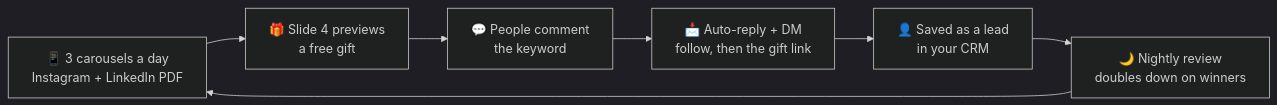
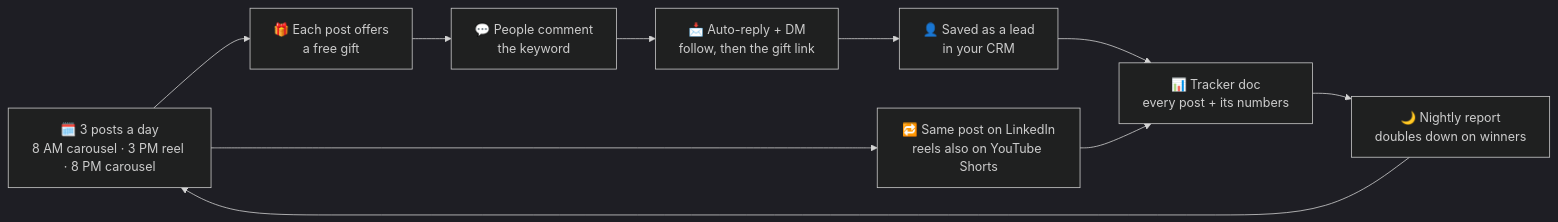
The diagram in README.md (myappz-ai/agentic-business-kit), drawn with Mermaid (dark theme) before and after one commit. The commit also changed other lines of this file and 4 other files, not shown here.

Commit message:
0.5.1: README and skill show the real daily mix (2 carousels + 1 reel) (#4)

````diff
--- a/README.md
+++ b/README.md
@@ -45,9 +45,12 @@
 ```mermaid
 flowchart LR
-    A["📱 3 carousels a day<br/>Instagram + LinkedIn PDF"] --> B["🎁 Slide 4 previews<br/>a free gift"]
+    A["🗓️ 3 posts a day<br/>8 AM carousel · 3 PM reel · 8 PM carousel"] --> B["🎁 Each post offers<br/>a free gift"]
     B --> C["💬 People comment<br/>the keyword"]
     C --> D["📩 Auto-reply + DM<br/>follow, then the gift link"]
     D --> E["👤 Saved as a lead<br/>in your CRM"]
-    E --> F["🌙 Nightly review<br/>doubles down on winners"]
+    A --> X["🔁 Same post on LinkedIn<br/>reels also on YouTube Shorts"]
+    E --> T["📊 Tracker doc<br/>every post + its numbers"]
+    X --> T
+    T --> F["🌙 Nightly report<br/>doubles down on winners"]
     F --> A
 ```
````
